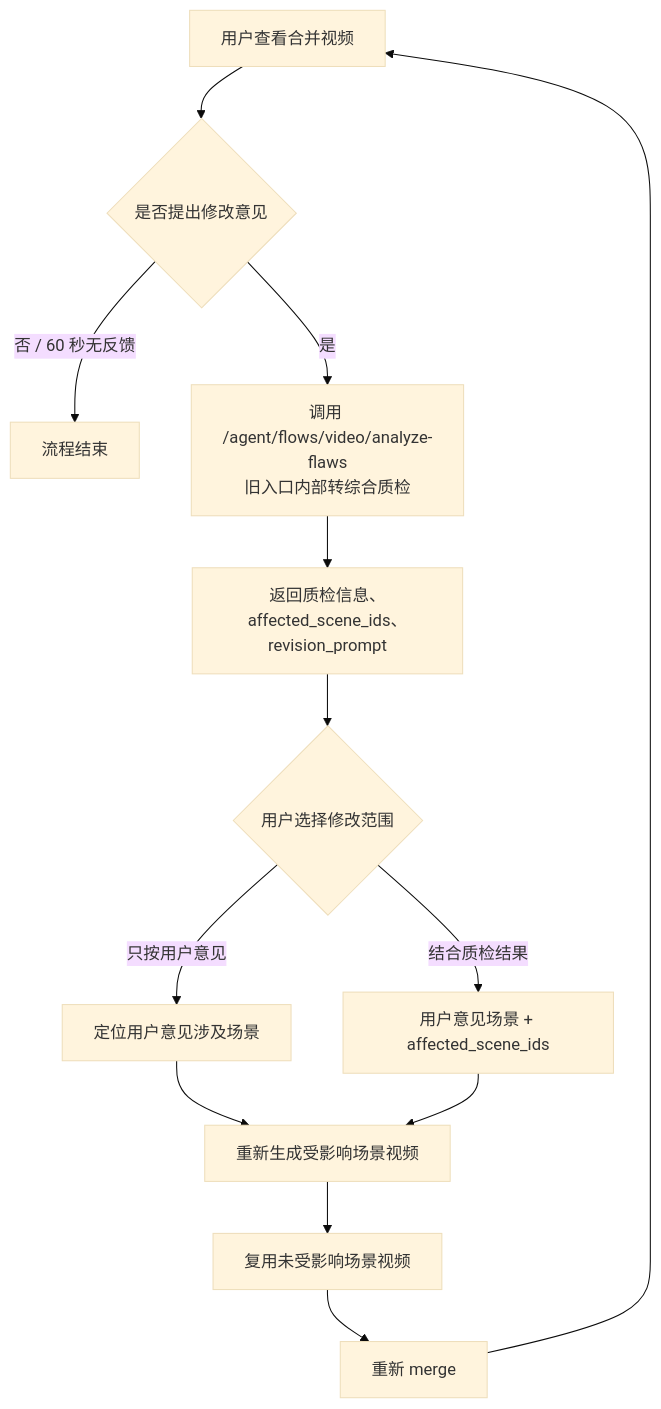
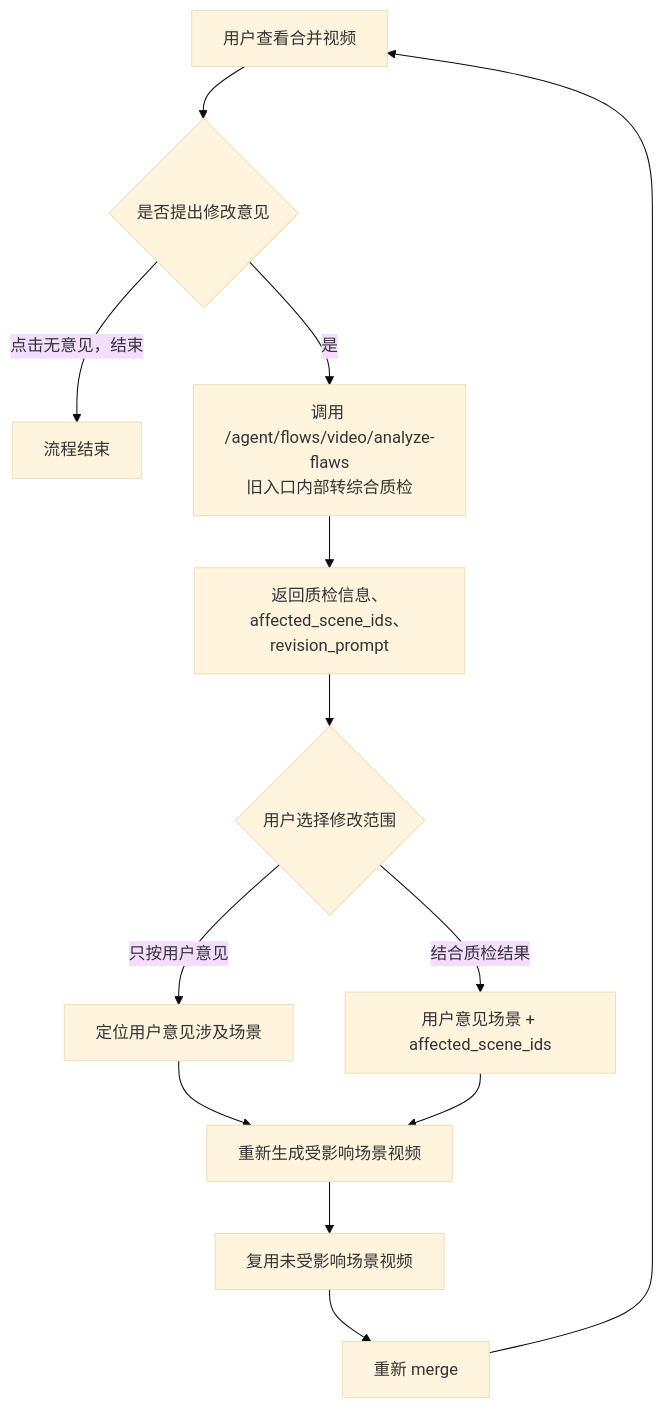
The seventh of 7 diagrams in docs/pixelflow-agent-skill-flow-latest-design.md (joyslxd/pixelflow), drawn with Mermaid (base theme) before and after one commit. The commit also changed other lines of this file and 10 other files, not shown here.

Commit message:
feat: 在工作区中添加对待处理消息和接收任务的支持 - 引入了 PendingMessageJob 和 PendingIntakeJob 接口，用于管理异步消息和摄入处理。 - 更新了 WorkspaceSnapshot，以包含待处理的消息和摄入任务的引用。 - 实现了处理待处理消息和摄入任务生命周期的函数，包括启动、恢复以及持久化其状态。 - 增强了消息处理功能，支持用户消息的乐观更新，并与新的任务管理系统集成。 - 添加了根据用户交互和上下文标记视频结果为已接受的逻辑。 - 重构了摄入意图处理逻辑，利用新的任务系统实现更优的状态管理和错误处理。

````diff
--- a/docs/pixelflow-agent-skill-flow-latest-design.md
+++ b/docs/pixelflow-agent-skill-flow-latest-design.md
@@ -520,15 +520,15 @@
 ```mermaid
 flowchart TD
   A["用户查看合并视频"] --> B{"是否提出修改意见"}
-  B -->|"否 / 60 秒无反馈"| DONE["流程结束"]
+  B -->|"点击无意见，结束"| DONE["流程结束"]
   B -->|"是"| C["调用 /agent/flows/video/analyze-flaws<br/>旧入口内部转综合质检"]
   C --> D["返回质检信息、affected_scene_ids、revision_prompt"]
   D --> E{"用户选择修改范围"}
   E -->|"只按用户意见"| F["定位用户意见涉及场景"]
   E -->|"结合质检结果"| G["用户意见场景 + affected_scene_ids"]
   F --> H["重新生成受影响场景视频"]
   G --> H
   H --> I["复用未受影响场景视频"]
   I --> J["重新 merge"]
   J --> A
 ```
````
